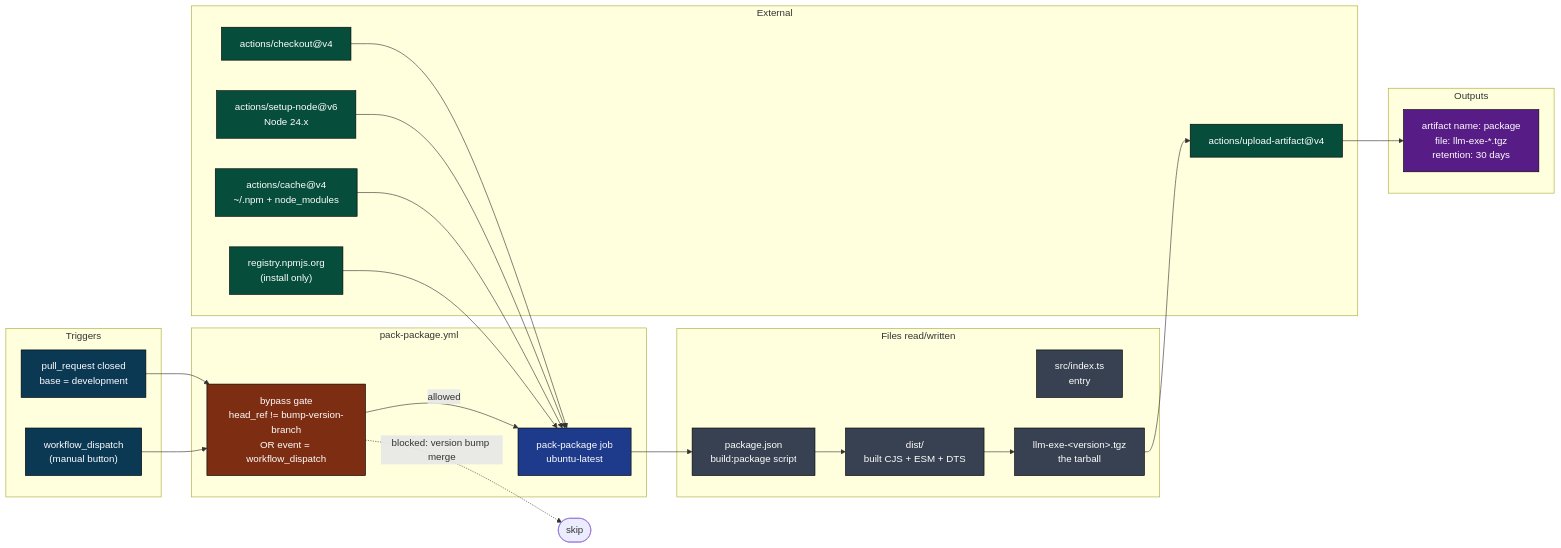
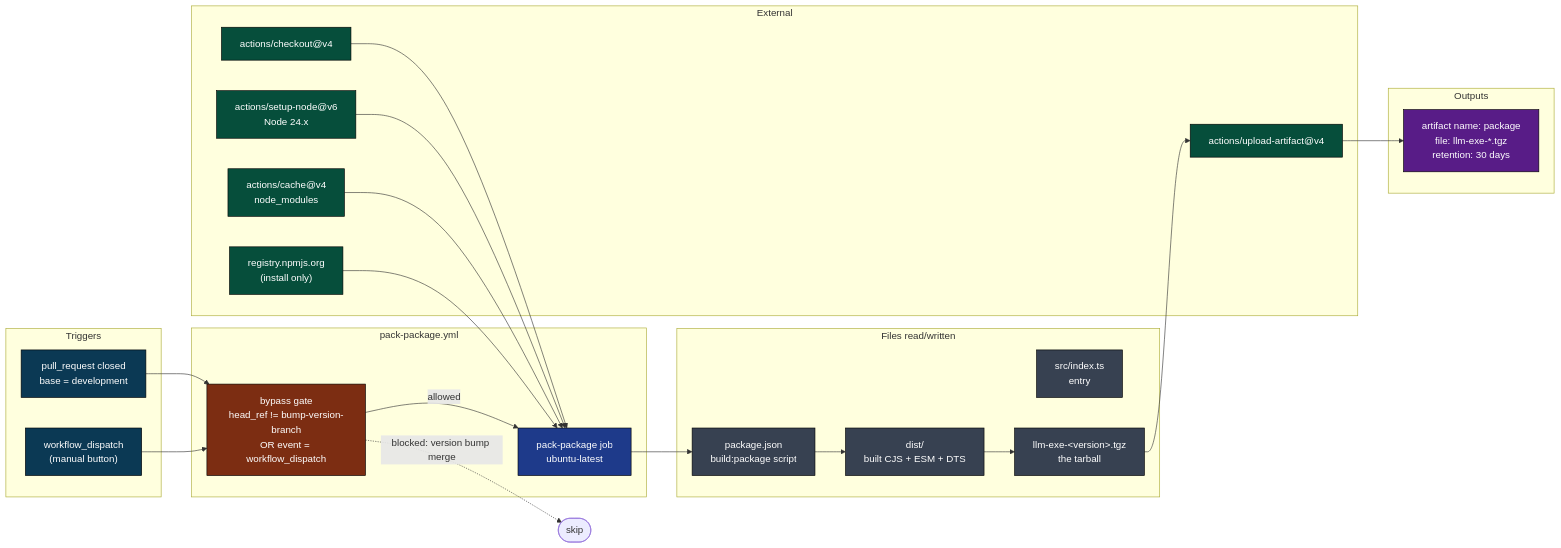
Before and after one commit to llm-exe/llm-exe: the first of 8 diagrams in .github/docs/PACK_PACKAGE_DEEP_DIVE.md, drawn with Mermaid. The commit also changed other lines of this file and 5 other files, not shown here.

Commit message:
chore: update cache action documentation to focus on node_modules and remove npm dependencies references

````diff
--- a/.github/docs/PACK_PACKAGE_DEEP_DIVE.md
+++ b/.github/docs/PACK_PACKAGE_DEEP_DIVE.md
@@ -24,52 +24,52 @@
 ```mermaid
 flowchart LR
     classDef trig fill:#0b3954,color:#fff,stroke:#000
     classDef gate fill:#7c2d12,color:#fff,stroke:#000
     classDef job fill:#1e3a8a,color:#fff,stroke:#000
     classDef ext fill:#064e3b,color:#fff,stroke:#000
     classDef file fill:#374151,color:#fff,stroke:#000
     classDef out fill:#581c87,color:#fff,stroke:#000
 
     subgraph T["Triggers"]
         t1["pull_request closed\nbase = development"]:::trig
         t2["workflow_dispatch\n(manual button)"]:::trig
     end
 
     subgraph A["pack-package.yml"]
         G["bypass gate\nhead_ref != bump-version-branch\nOR event = workflow_dispatch"]:::gate
         J["pack-package job\nubuntu-latest"]:::job
     end
 
     subgraph F["Files read/written"]
         f1["package.json\nbuild:package script"]:::file
         f2["src/index.ts\nentry"]:::file
         f3["dist/\nbuilt CJS + ESM + DTS"]:::file
         f4["llm-exe-&lt;version&gt;.tgz\nthe tarball"]:::file
     end
 
     subgraph X["External"]
         x1["actions/checkout@v4"]:::ext
         x2["actions/setup-node@v6\nNode 24.x"]:::ext
-        x3["actions/cache@v4\n~/.npm + node_modules"]:::ext
+        x3["actions/cache@v4\nnode_modules"]:::ext
         x4["actions/upload-artifact@v4"]:::ext
         x5["registry.npmjs.org\n(install only)"]:::ext
     end
 
     subgraph O["Outputs"]
         o1["artifact name: package\nfile: llm-exe-*.tgz\nretention: 30 days"]:::out
     end
 
     t1 --> G
     t2 --> G
     G -->|allowed| J
     G -.->|blocked: version bump merge| skip(["skip"])
     x1 --> J
     x2 --> J
     x3 --> J
     x5 --> J
     J --> f1
     f1 --> f3
     f3 --> f4
     f4 --> x4
     x4 --> o1
 ```
````
